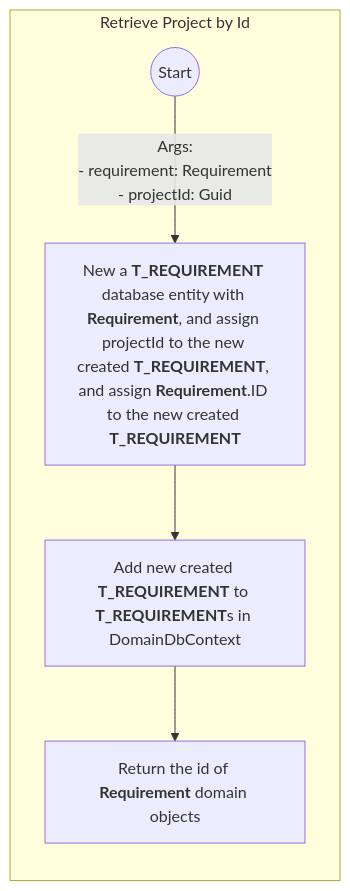
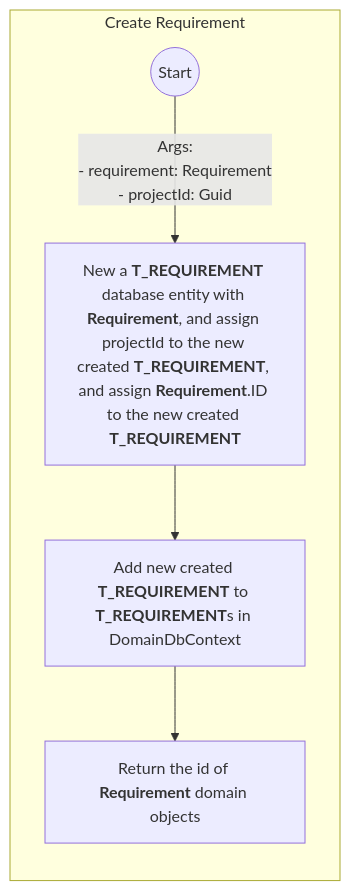
Before and after one commit to sdlfly2000/DomainBasedDesigner: the fourth of 5 diagrams in AI/Repository/ProjectRepository.md, drawn with Mermaid. The commit also changed other lines of this file and 10 other files, not shown here.

Commit message:
UpdateRequirement migrated to Project Repository

````diff
--- a/AI/Repository/ProjectRepository.md
+++ b/AI/Repository/ProjectRepository.md
@@ -82,14 +81,14 @@
     ```mermaid
         graph TB
-            subgraph main [Retrieve Project by Id]
+            subgraph main [Create Requirement]
                 direction TB
                 start(("Start")) --> 
                 |Args: 
                 - requirement: Requirement 
                 - projectId: Guid | newRequirementDbEntity["`New a **T_REQUIREMENT** database entity with **Requirement**, and assign projectId to the new created **T_REQUIREMENT**, and assign **Requirement**.ID to the new created **T_REQUIREMENT**`"] -->
 
                 AddToRequirements["`Add new created **T_REQUIREMENT** to **T_REQUIREMENT**s in DomainDbContext`"] -->
 
                 return["`Return the id of **Requirement** domain objects`"]
             end
     ```
````
